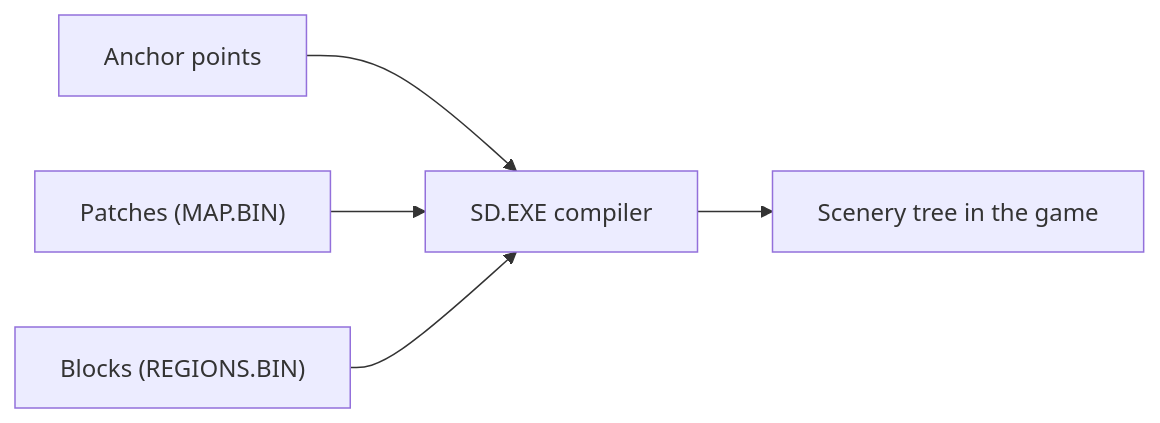
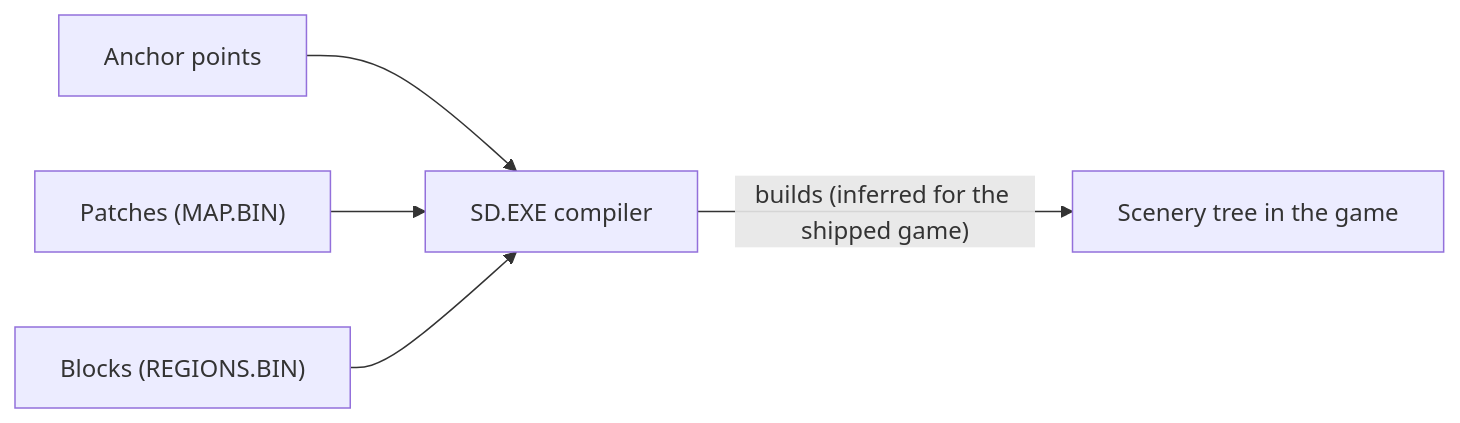
The diagram in site/guides/island.md (neilsh/stunt-reel), drawn with Mermaid before and after one commit. The commit also changed other lines of this file, not shown here.

````diff
--- a/site/guides/island.md
+++ b/site/guides/island.md
@@ -22,7 +22,7 @@
 ```mermaid
 flowchart LR
     A["Anchor points"] --> SD["SD.EXE compiler"]
     M["Patches (MAP.BIN)"] --> SD
     R["Blocks (REGIONS.BIN)"] --> SD
-    SD --> T["Scenery tree in the game"]
+    SD -->|"builds (inferred for the shipped game)"| T["Scenery tree in the game"]
 ```
````
